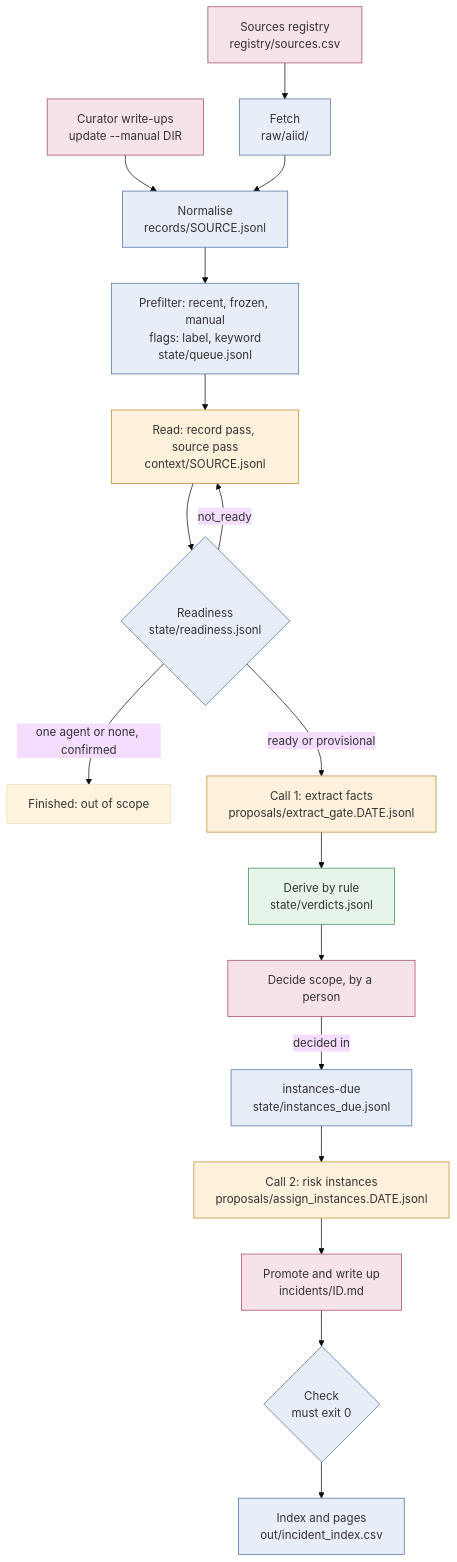
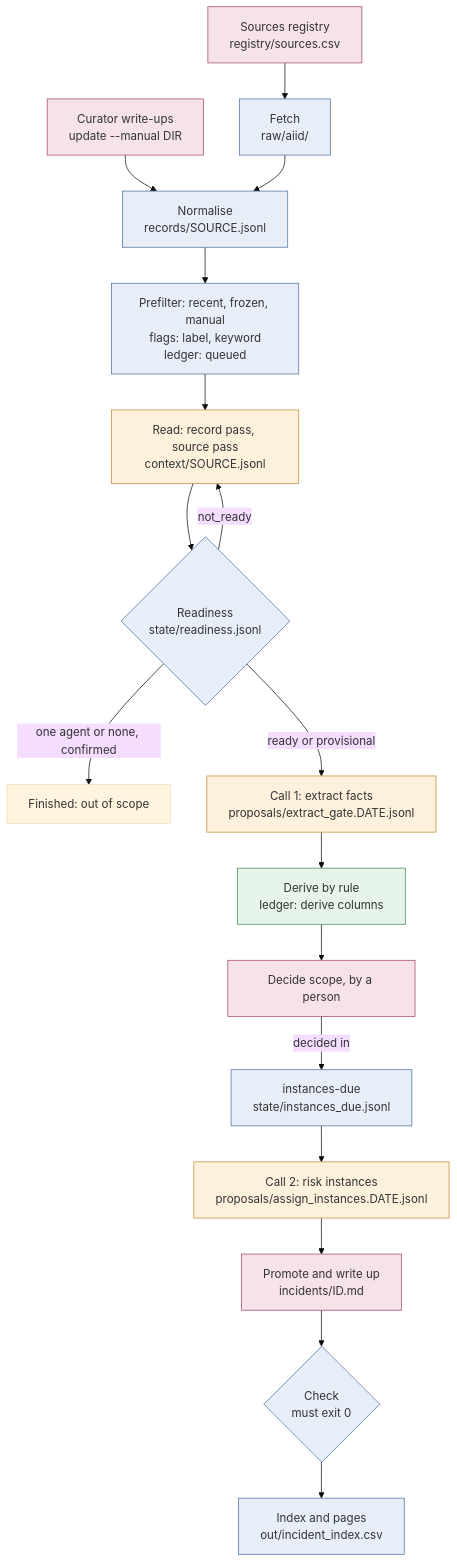
The first of 2 diagrams in 0.2/docs/how_it_works.md (rpast/Mind-the-Interagent-Gap), drawn with Mermaid (base theme) before and after one commit. The commit also changed other lines of this file and 41 other files, not shown here.

````diff
--- a/0.2/docs/how_it_works.md
+++ b/0.2/docs/how_it_works.md
@@ -289,27 +291,27 @@
 ```mermaid
 flowchart TD
   REG["Sources registry<br/>registry/sources.csv"] --> FETCH["Fetch<br/>raw/aiid/"]
   MAN["Curator write-ups<br/>update --manual DIR"] --> NORM
   FETCH --> NORM["Normalise<br/>records/SOURCE.jsonl"]
-  NORM --> PRE["Prefilter: recent, frozen, manual<br/>flags: label, keyword<br/>state/queue.jsonl"]
+  NORM --> PRE["Prefilter: recent, frozen, manual<br/>flags: label, keyword<br/>ledger: queued"]
   PRE --> READ["Read: record pass, source pass<br/>context/SOURCE.jsonl"]
   READ --> RDY{"Readiness<br/>state/readiness.jsonl"}
   RDY -->|"not_ready"| READ
   RDY -->|"one agent or none, confirmed"| GONE["Finished: out of scope"]
   RDY -->|"ready or provisional"| C1["Call 1: extract facts<br/>proposals/extract_gate.DATE.jsonl"]
-  C1 --> DER["Derive by rule<br/>state/verdicts.jsonl"]
+  C1 --> DER["Derive by rule<br/>ledger: derive columns"]
   DER --> REV["Decide scope, by a person"]
   REV -->|"decided in"| DUE["instances-due<br/>state/instances_due.jsonl"]
   DUE --> C2["Call 2: risk instances<br/>proposals/assign_instances.DATE.jsonl"]
   C2 --> PROM["Promote and write up<br/>incidents/ID.md"]
   PROM --> CHK{"Check<br/>must exit 0"}
   CHK --> IDX["Index and pages<br/>out/incident_index.csv"]
   classDef script fill:#e8eef7,stroke:#4a6fa5
   classDef model fill:#fdf1dc,stroke:#c08a2b
   classDef rule fill:#e6f4ea,stroke:#3c8d5a
   classDef person fill:#f6e3ea,stroke:#a3445f
   class FETCH,NORM,PRE,RDY,DUE,CHK,IDX script
   class READ,C1,C2 model
   class DER rule
   class REG,MAN,REV,PROM person
 ```
````
